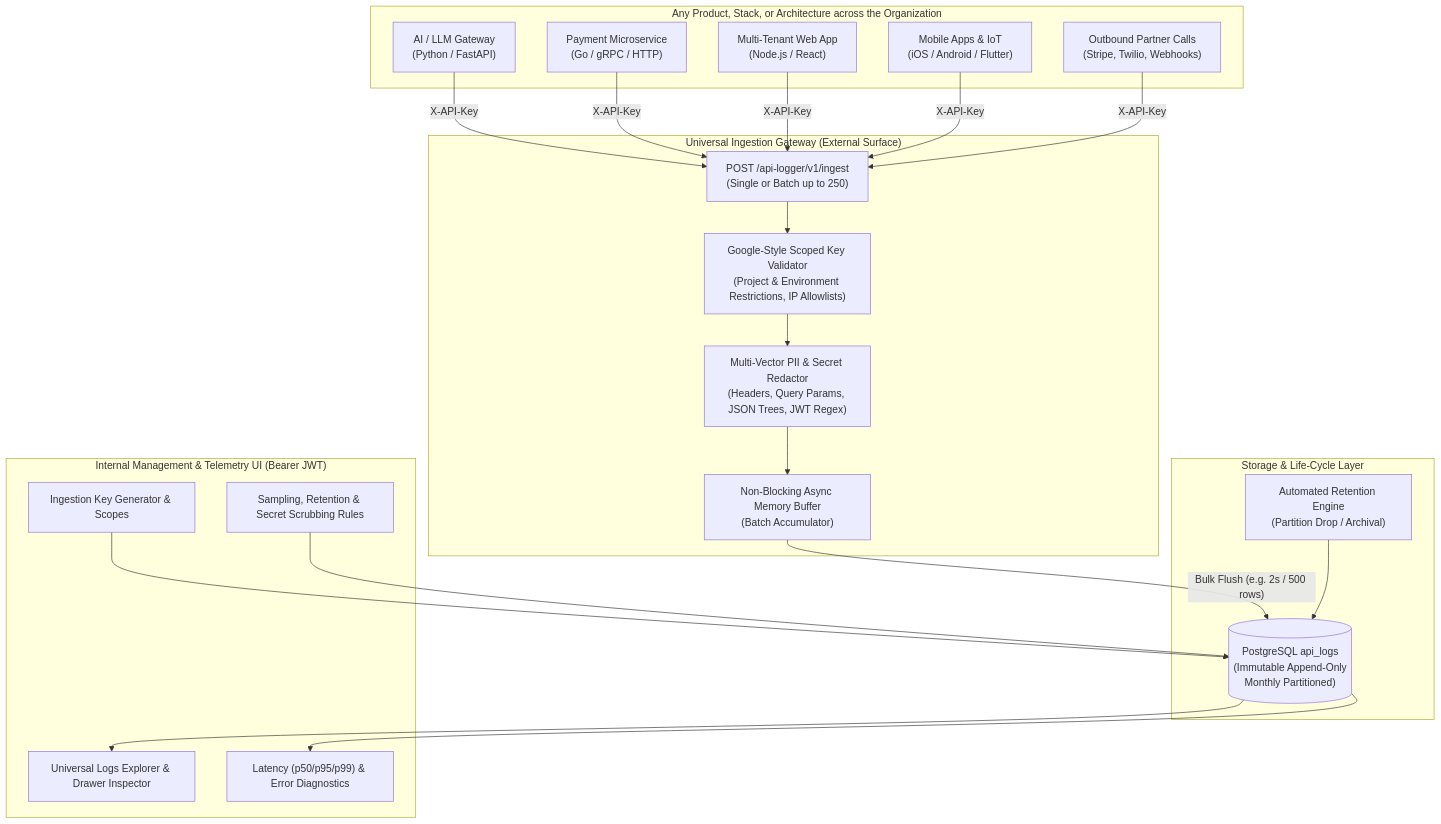
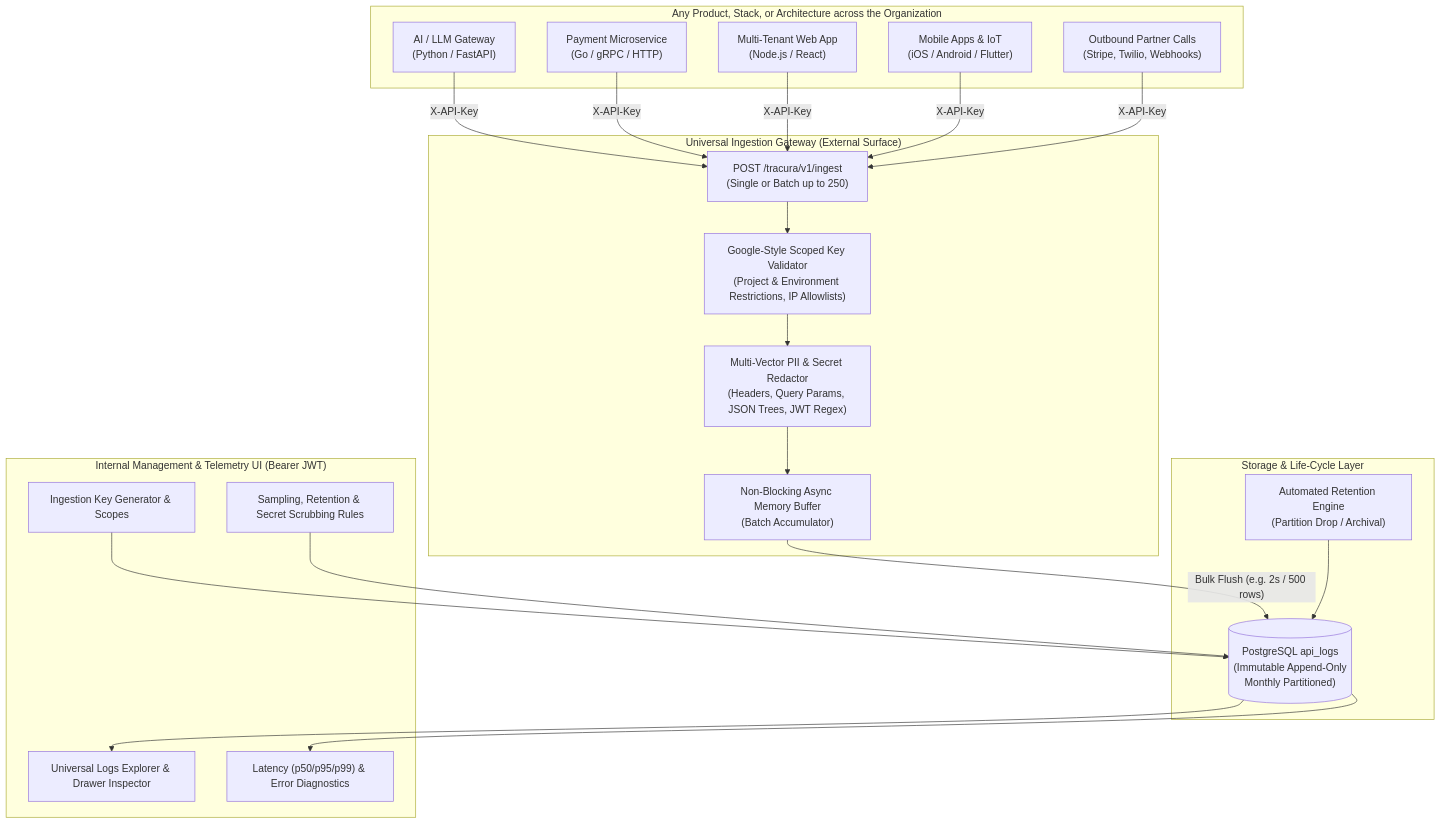
Before and after one commit to innostes-dev/erp: the first of 5 diagrams in plugins/tracura/ARCHITECTURE.md, drawn with Mermaid. The commit also changed other lines of this file and 5 other files, not shown here.

Commit message:
docs(tracura): update comprehensive architecture, REST reference, and dev-docs guide

````diff
--- a/plugins/tracura/ARCHITECTURE.md
+++ b/plugins/tracura/ARCHITECTURE.md
@@ -25,46 +25,46 @@
 ```mermaid
 flowchart TD
     subgraph AnyCompanyProduct ["Any Product, Stack, or Architecture across the Organization"]
         AI["AI / LLM Gateway<br/>(Python / FastAPI)"]
         Fintech["Payment Microservice<br/>(Go / gRPC / HTTP)"]
         SaaS["Multi-Tenant Web App<br/>(Node.js / React)"]
         Mobile["Mobile Apps & IoT<br/>(iOS / Android / Flutter)"]
         OutboundCalls["Outbound Partner Calls<br/>(Stripe, Twilio, Webhooks)"]
     end
 
     subgraph CentralIngestionGateway ["Universal Ingestion Gateway (External Surface)"]
-        IngestEndpoint["POST /api-logger/v1/ingest<br/>(Single or Batch up to 250)"]
+        IngestEndpoint["POST /tracura/v1/ingest<br/>(Single or Batch up to 250)"]
         AuthValidator["Google-Style Scoped Key Validator<br/>(Project & Environment Restrictions, IP Allowlists)"]
         SanitizationEngine["Multi-Vector PII & Secret Redactor<br/>(Headers, Query Params, JSON Trees, JWT Regex)"]
         AsyncRingBuffer["Non-Blocking Async Memory Buffer<br/>(Batch Accumulator)"]
     end
 
     subgraph HighThroughputStorage ["Storage & Life-Cycle Layer"]
         DB[("PostgreSQL api_logs<br/>(Immutable Append-Only<br/>Monthly Partitioned)")]
         RetentionEngine["Automated Retention Engine<br/>(Partition Drop / Archival)"]
     end
 
     subgraph InternalControlPlane ["Internal Management & Telemetry UI (Bearer JWT)"]
         Explorer["Universal Logs Explorer & Drawer Inspector"]
         Analytics["Latency (p50/p95/p99) & Error Diagnostics"]
         KeyManager["Ingestion Key Generator & Scopes"]
         PolicyConfig["Sampling, Retention & Secret Scrubbing Rules"]
     end
 
     AI -->|"X-API-Key"| IngestEndpoint
     Fintech -->|"X-API-Key"| IngestEndpoint
     SaaS -->|"X-API-Key"| IngestEndpoint
     Mobile -->|"X-API-Key"| IngestEndpoint
     OutboundCalls -->|"X-API-Key"| IngestEndpoint
 
     IngestEndpoint --> AuthValidator
     AuthValidator --> SanitizationEngine
     SanitizationEngine --> AsyncRingBuffer
     AsyncRingBuffer -->|"Bulk Flush (e.g. 2s / 500 rows)"| DB
     RetentionEngine --> DB
 
     DB --> Explorer
     DB --> Analytics
     KeyManager --> DB
     PolicyConfig --> DB
 ```
````
